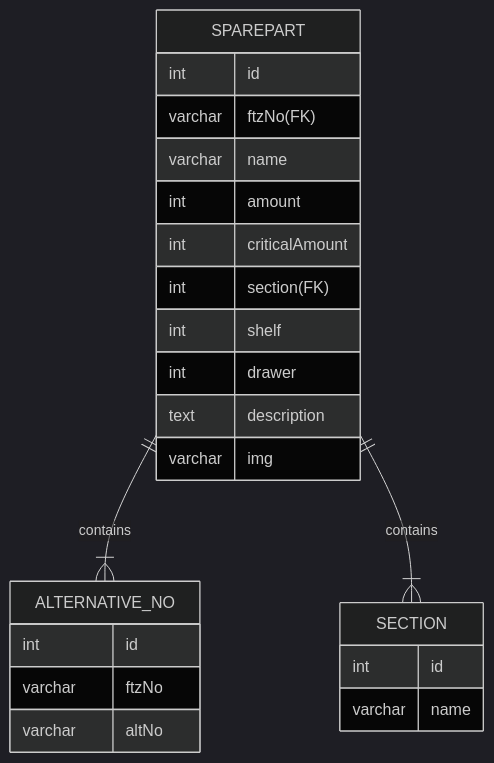
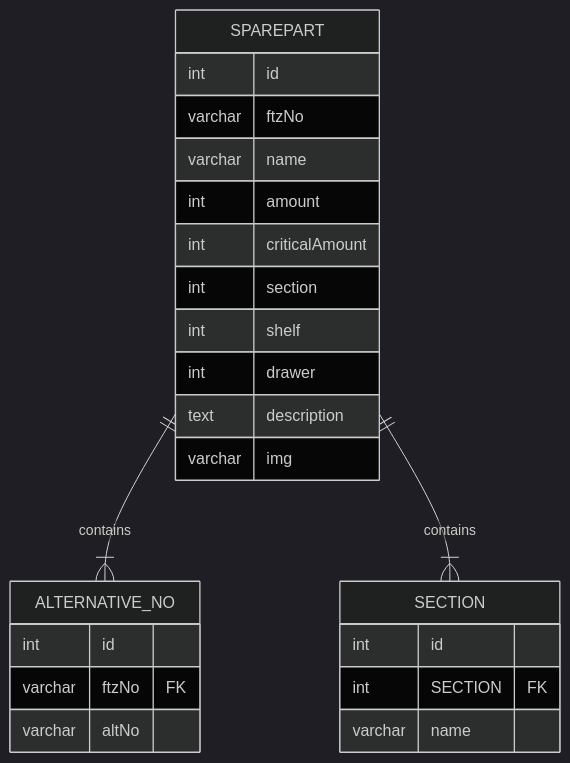
Before and after one commit to LinusTM/inventory-system: the diagram in README.md, drawn with Mermaid (dark theme).

Commit message:
updated mermaid

````diff
--- a/README.md
+++ b/README.md
@@ -7,26 +7,27 @@
 ```mermaid
 erDiagram
 SPAREPART ||--|{ ALTERNATIVE_NO : contains
 SPAREPART ||--|{ SECTION : contains
 SPAREPART {
 	int id
-		varchar ftzNo(FK)
+		varchar ftzNo
 		varchar name
 		int amount
 		int criticalAmount
-		int section(FK)
+		int section
 		int shelf
 		int drawer
 		text description
 		varchar img
 	}
 	ALTERNATIVE_NO {
 		int id
-			varchar ftzNo
+			varchar ftzNo FK
 			varchar altNo
 	}
 	SECTION {
 		int id
+			int SECTION FK
 			varchar name
 	}
 ```
````
